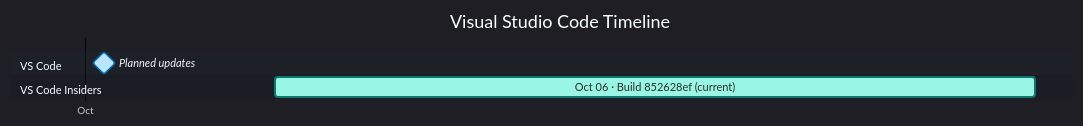
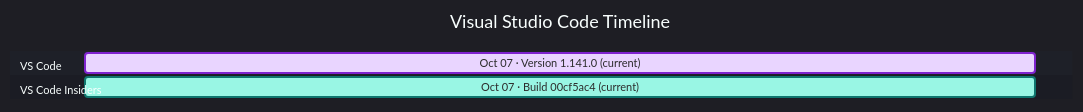
Before and after one commit to Oxelya-DevTools/VisualStudioUpdate: the diagram in docs/vscode.md, drawn with Mermaid. The commit also changed other lines of this file and 1 other file, not shown here.

````diff
--- a/docs/vscode.md
+++ b/docs/vscode.md
@@ -9,12 +9,12 @@
 ```mermaid
 %%{init: {'theme':'dark','themeVariables': { 'fontFamily': 'Segoe UI', 'fontSize': '24px', 'textColor': '#F3F4F6', 'titleTextColor': '#FFFFFF', 'taskTextColor': '#111827', 'taskTextLightColor': '#111827', 'taskTextOutsideColor': '#F3F4F6', 'taskBkgColor': '#BAE6FD', 'taskBorderColor': '#0369A1', 'doneTaskBkgColor': '#E9D5FF', 'doneTaskBorderColor': '#7E22CE', 'activeTaskBkgColor': '#99F6E4', 'activeTaskBorderColor': '#0F766E', 'critTaskBkgColor': '#FED7AA', 'critTaskBorderColor': '#C2410C', 'sectionBkgColor': '#1F2937', 'altSectionBkgColor': '#111827', 'gridColor': '#4B5563', 'todayLineColor': '#F87171' }}}%%
 gantt
     title Visual Studio Code Timeline
     dateFormat  YYYY-MM-DD
     axisFormat  %b
     tickInterval 1month
     section VS Code
-    Planned updates : milestone, vscodeplanned, 2026-10-01, 1d
+    Oct 07 · Version 1.141.0 (current) : done, vscode202610070, 2026-10-07, 20d
     section VS Code Insiders
-    Oct 06 · Build 852628ef (current) : active, vscodeinsiders202610060, 2026-10-06, 20d
+    Oct 07 · Build 00cf5ac4 (current) : active, vscodeinsiders202610070, 2026-10-07, 20d
 ```
````
